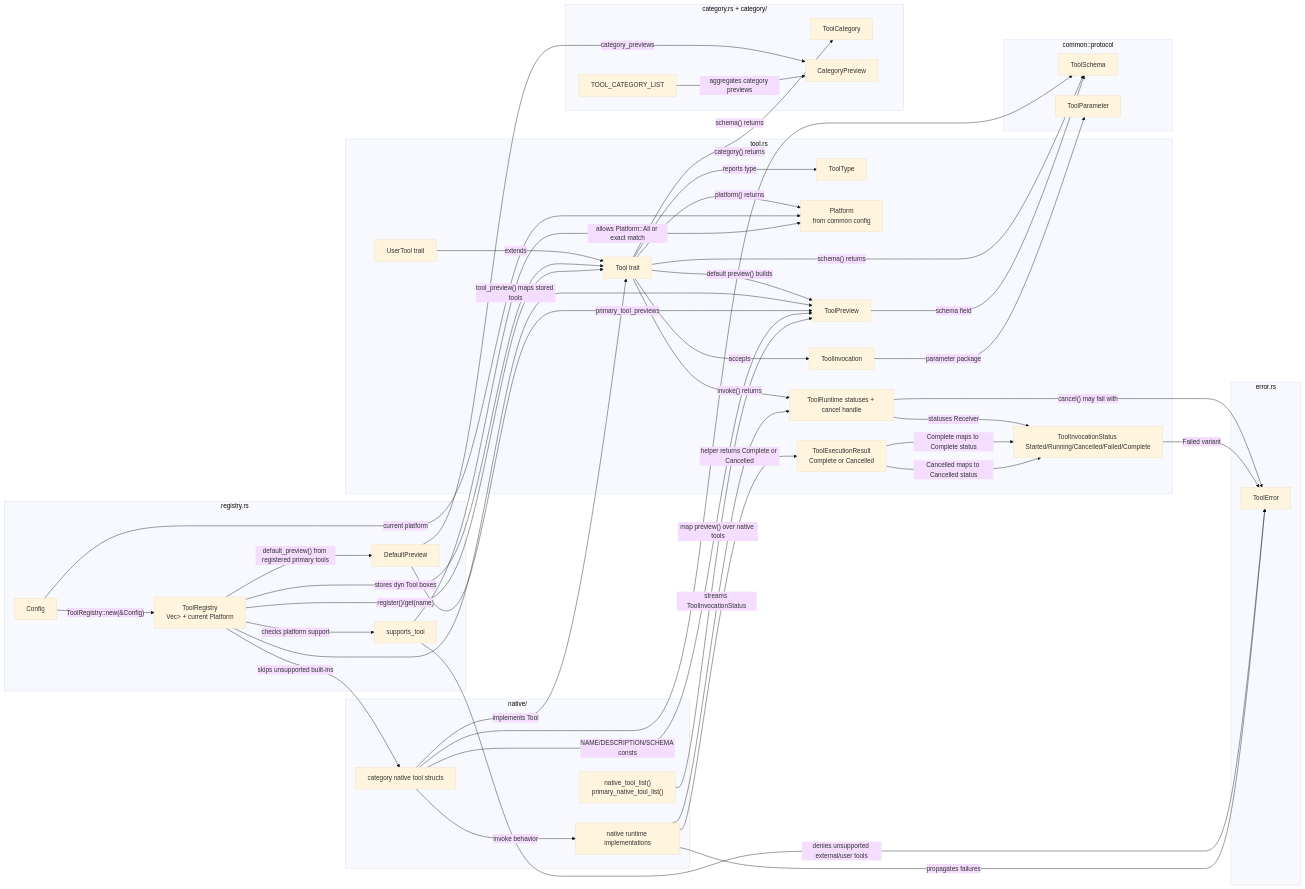
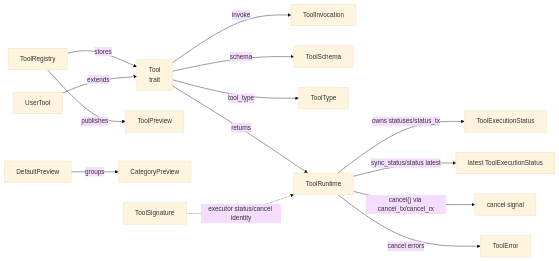
Before and after one commit to DexterDreeeam/Marix: the diagram in src/client/tool/.workflow.mmd, drawn with Mermaid (base theme). The commit also changed 77 other files, not shown here.

```diff
--- a/src/client/tool/.workflow.mmd
+++ b/src/client/tool/.workflow.mmd
@@ -1,72 +1,15 @@
 flowchart LR
-  subgraph tool_rs["tool.rs"]
-    ToolType["ToolType"]
-    Platform["Platform\nfrom common config"]
-    ToolTrait["Tool trait"]
-    UserTool["UserTool trait"]
-    ToolPreview["ToolPreview"]
-    ToolInvocation["ToolInvocation"]
-    ToolRuntime["ToolRuntime statuses + cancel handle"]
-    ToolInvocationStatus["ToolInvocationStatus Started/Running/Cancelled/Failed/Complete"]
-    ToolExecutionResult["ToolExecutionResult<T>\nComplete or Cancelled"]
-  end
-  subgraph registry_rs["registry.rs"]
-    Config["Config"]
-    DefaultPreview["DefaultPreview"]
-    ToolRegistry["ToolRegistry\nVec<Box<dyn Tool>> + current Platform"]
-    SupportCheck["supports_tool"]
-  end
-  subgraph error_rs["error.rs"]
-    ToolError["ToolError"]
-  end
-  subgraph category["category.rs + category/"]
-    ToolCategory["ToolCategory"]
-    CategoryPreview["CategoryPreview"]
-    ToolCategoryList["TOOL_CATEGORY_LIST"]
-  end
-  subgraph native["native/"]
-    NativeToolListFns["native_tool_list()\nprimary_native_tool_list()"]
-    NativeToolStructs["category native tool structs"]
-    NativeRuntimeImplementations["native runtime implementations"]
-  end
-  subgraph protocol["common::protocol"]
-    ToolSchema["ToolSchema"]
-    ToolParameter["ToolParameter"]
-  end
-
-  ToolTrait -->|"reports type"| ToolType
-  ToolTrait -->|"platform() returns"| Platform
-  ToolTrait -->|"category() returns"| ToolCategory
-  ToolTrait -->|"schema() returns"| ToolSchema
-  ToolTrait -->|"default preview() builds"| ToolPreview
-  ToolPreview -->|"schema field"| ToolSchema
-  ToolTrait -->|"accepts"| ToolInvocation
-  ToolInvocation -->|"parameter package"| ToolParameter
-  ToolTrait -->|"invoke() returns"| ToolRuntime
-  ToolRuntime -->|"statuses Receiver"| ToolInvocationStatus
-  ToolRuntime -->|"cancel() may fail with"| ToolError
-  ToolInvocationStatus -->|"Failed variant"| ToolError
-  UserTool -->|"extends"| ToolTrait
-  Config -->|"ToolRegistry::new(&Config)"| ToolRegistry
-  Config -->|"current platform"| Platform
-  ToolRegistry -->|"stores dyn Tool boxes"| ToolTrait
-  ToolRegistry -->|"register()/get(name)"| ToolTrait
-  ToolRegistry -->|"checks platform support"| SupportCheck
-  SupportCheck -->|"allows Platform::All or exact match"| Platform
-  SupportCheck -->|"denies unsupported external/user tools"| ToolError
-  ToolRegistry -->|"skips unsupported built-ins"| NativeToolStructs
-  ToolRegistry -->|"default_preview() from registered primary tools"| DefaultPreview
-  ToolRegistry -->|"tool_preview() maps stored tools"| ToolPreview
-  DefaultPreview -->|"primary_tool_previews"| ToolPreview
-  DefaultPreview -->|"category_previews"| CategoryPreview
-  ToolCategoryList -->|"aggregates category previews"| CategoryPreview
-  NativeToolStructs -->|"implements Tool"| ToolTrait
-  NativeToolStructs -->|"NAME/DESCRIPTION/SCHEMA consts"| ToolPreview
-  NativeToolStructs -->|"schema() returns"| ToolSchema
-  NativeToolStructs -->|"invoke behavior"| NativeRuntimeImplementations
-  NativeRuntimeImplementations -->|"helper returns Complete or Cancelled"| ToolExecutionResult
-  ToolExecutionResult -->|"Complete maps to Complete status"| ToolInvocationStatus
-  ToolExecutionResult -->|"Cancelled maps to Cancelled status"| ToolInvocationStatus
-  NativeRuntimeImplementations -->|"propagates failures"| ToolError
-  NativeRuntimeImplementations -->|"streams ToolInvocationStatus"| ToolRuntime
-  NativeToolListFns -->|"map preview() over native tools"| ToolPreview
+  Tool["Tool
+trait"] -->|"invoke"| ToolInvocation["ToolInvocation"]
+  Tool -->|"schema"| ToolSchema["ToolSchema"]
+  Tool -->|"tool_type"| ToolType["ToolType"]
+  Tool -->|"returns"| ToolRuntime["ToolRuntime"]
+  ToolRuntime -->|"owns statuses/status_tx"| ToolExecutionStatus["ToolExecutionStatus"]
+  ToolRuntime -->|"sync_status/status latest"| LatestStatus["latest ToolExecutionStatus"]
+  ToolRuntime -->|"cancel() via cancel_tx/cancel_rx"| CancelSignal["cancel signal"]
+  ToolRuntime -->|"cancel errors"| ToolError["ToolError"]
+  ToolRegistry["ToolRegistry"] -->|"stores"| Tool
+  ToolRegistry -->|"publishes"| ToolPreview["ToolPreview"]
+  DefaultPreview["DefaultPreview"] -->|"groups"| CategoryPreview["CategoryPreview"]
+  UserTool["UserTool"] -->|"extends"| Tool
+  ToolSignature["ToolSignature"] -.->|"executor status/cancel identity"| ToolRuntime
```
